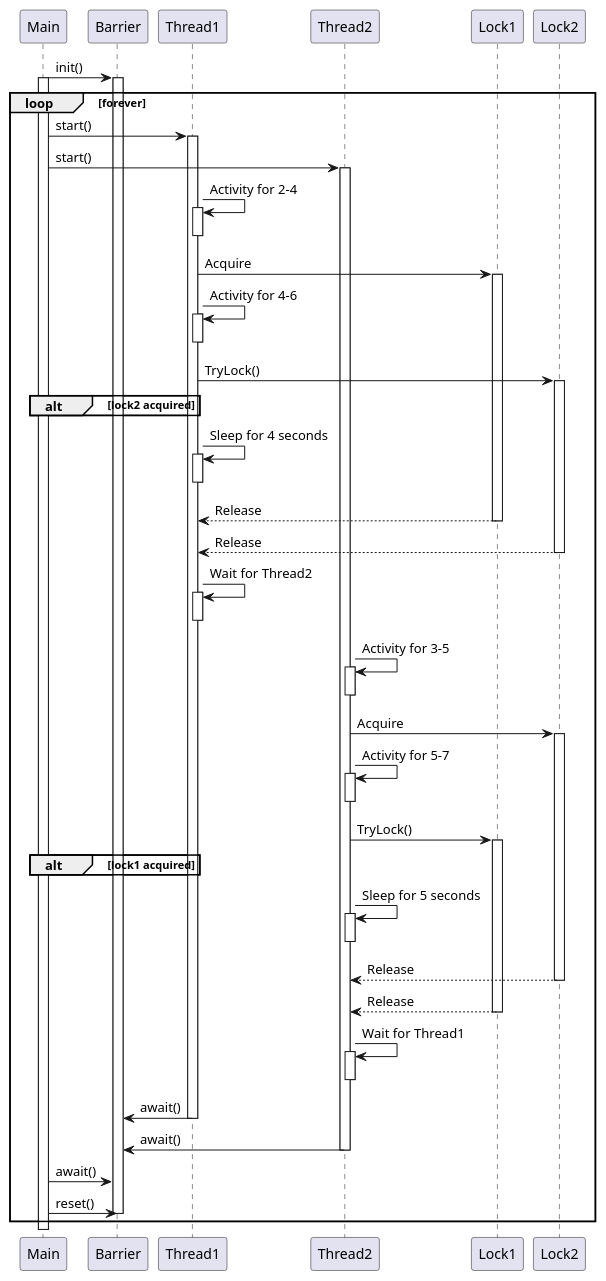
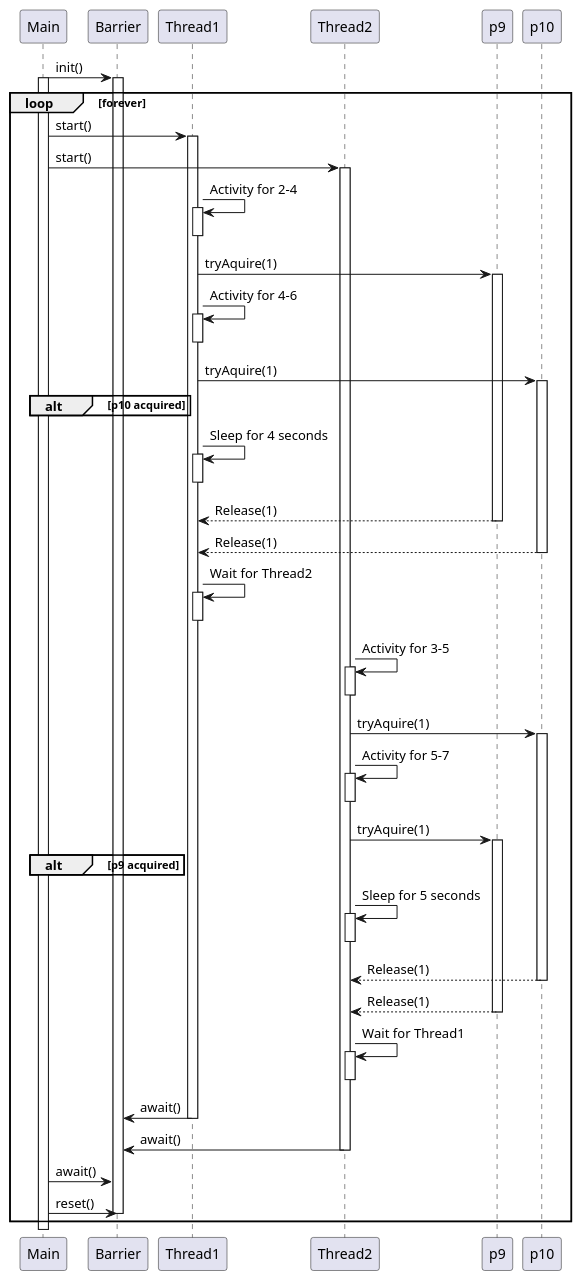
The diagram in RTS/src/LabSession5/Lab7/App1/Diagrams/SequenceDiagram.puml (ileacosmin/IleaCosmin_30333_RTSLAB), drawn with PlantUML before and after one commit. The commit also changed 4 other files, not shown here.

```diff
--- a/RTS/src/LabSession5/Lab7/App1/Diagrams/SequenceDiagram.puml
+++ b/RTS/src/LabSession5/Lab7/App1/Diagrams/SequenceDiagram.puml
@@ -1,71 +1,71 @@
 @startuml
 
 Main -> Barrier : init()
 activate Barrier
 loop forever
 
     activate Main
     Main -> Thread1 : start()
     activate Thread1
     Main -> Thread2 : start()
     activate Thread2
 
 
     Thread1 -> Thread1 : Activity for 2-4
     activate Thread1
     deactivate Thread1
-    Thread1 -> Lock1 : Acquire
-    activate Lock1
+    Thread1 -> p9 : tryAquire(1)
+    activate p9
     Thread1 -> Thread1 : Activity for 4-6
     activate Thread1
     deactivate Thread1
-    Thread1 -> Lock2 : TryLock()
-    alt lock2 acquired
-        activate Lock2
+    Thread1 -> p10 : tryAquire(1)
+    alt p10 acquired
+        activate p10
     end
     Thread1 -> Thread1 : Sleep for 4 seconds
     activate Thread1
     deactivate Thread1
-    Thread1 <-- Lock1 : Release
-    deactivate Lock1
-    Thread1 <-- Lock2 : Release
-    deactivate Lock2
+    Thread1 <-- p9 : Release(1)
+    deactivate p9
+    Thread1 <-- p10 : Release(1)
+    deactivate p10
     Thread1 -> Thread1 : Wait for Thread2
     activate Thread1
     deactivate Thread1
 
     Thread2 -> Thread2 : Activity for 3-5
     activate Thread2
     deactivate Thread2
-    Thread2 -> Lock2 : Acquire
-    activate Lock2
+    Thread2 -> p10 : tryAquire(1)
+    activate p10
     Thread2 -> Thread2 : Activity for 5-7
     activate Thread2
     deactivate Thread2
-    Thread2 -> Lock1 : TryLock()
-    alt lock1 acquired
-        activate Lock1
+    Thread2 -> p9 : tryAquire(1)
+    alt p9 acquired
+        activate p9
     end
-    activate Lock1
+    activate p9
     Thread2 -> Thread2 : Sleep for 5 seconds
     activate Thread2
     deactivate Thread2
-    Thread2 <-- Lock2 : Release
-    deactivate Lock2
-    Thread2 <-- Lock1 : Release
-    deactivate Lock1
+    Thread2 <-- p10 : Release(1)
+    deactivate p10
+    Thread2 <-- p9 : Release(1)
+    deactivate p9
     Thread2 -> Thread2 : Wait for Thread1
     activate Thread2
     deactivate Thread2
 
     Thread1 -> Barrier : await()
     deactivate Thread1
     Thread2 -> Barrier : await()
     deactivate Thread2
     Main -> Barrier : await()
     Main -> Barrier : reset()
     deactivate Barrier
 
 end loop
 
 @enduml
```
